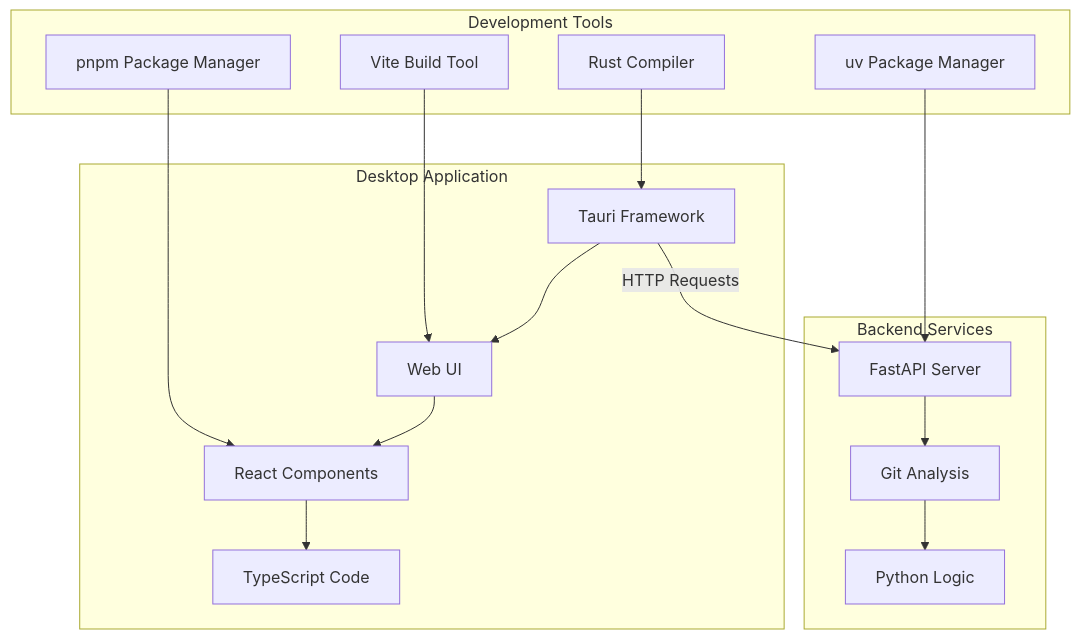
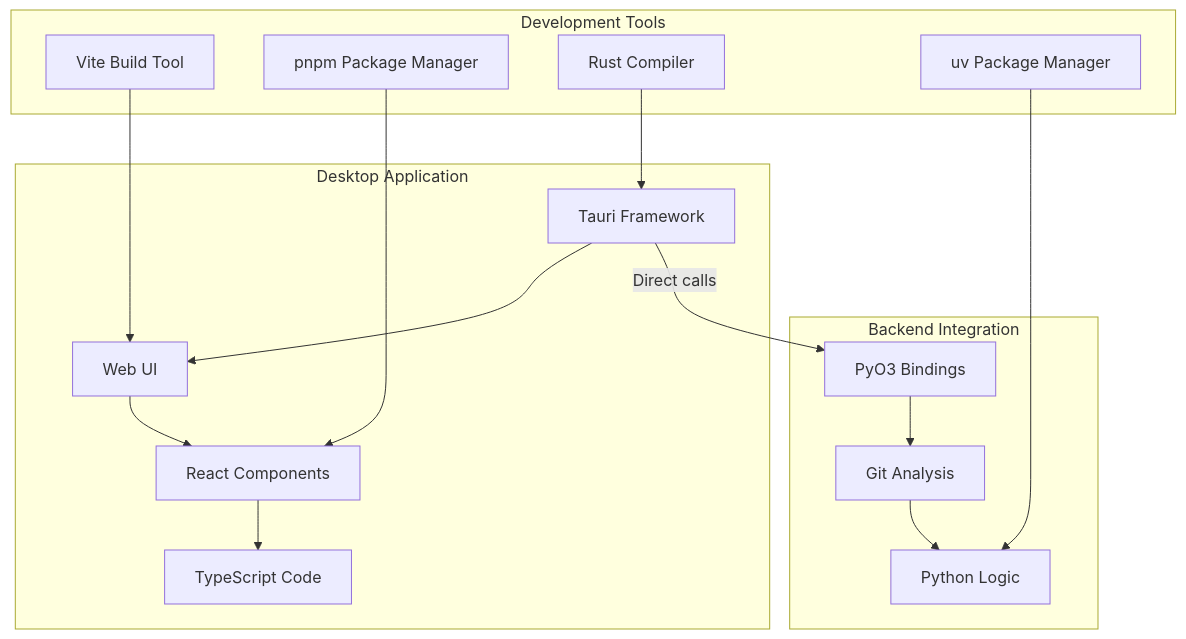
Before and after one commit to boost-edu-tools/gitinspectorgui: the first of 2 diagrams in docs/technology-primer.md, drawn with Mermaid. The commit also changed other lines of this file and 7 other files, not shown here.

First line of the commit message:
docs: redesign documentation for PyO3 architecture

````diff
--- a/docs/technology-primer.md
+++ b/docs/technology-primer.md
@@ -11,22 +11,22 @@
 ```mermaid
 graph TB
     subgraph "Desktop Application"
         A[Tauri Framework] --> B[Web UI]
         B --> C[React Components]
         C --> D[TypeScript Code]
     end
 
-    subgraph "Backend Services"
-        E[FastAPI Server] --> F[Git Analysis]
+    subgraph "Backend Integration"
+        E[PyO3 Bindings] --> F[Git Analysis]
         F --> G[Python Logic]
     end
 
     subgraph "Development Tools"
         H[Vite Build Tool] --> B
         I[pnpm Package Manager] --> C
         J[Rust Compiler] --> A
-        K[uv Package Manager] --> E
+        K[uv Package Manager] --> G
     end
 
-    A -->|HTTP Requests| E
+    A -->|Direct calls| E
 ```
````
